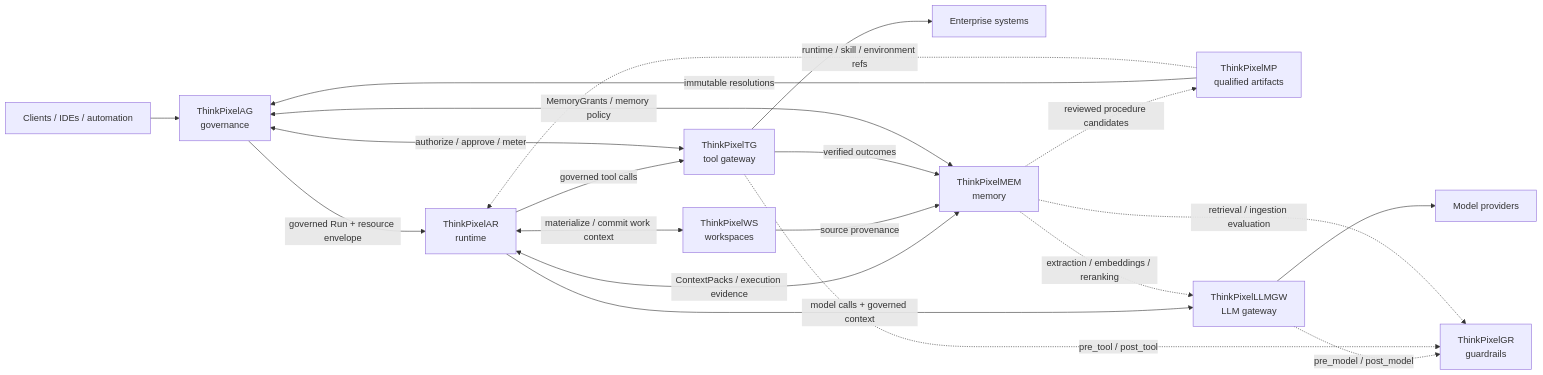
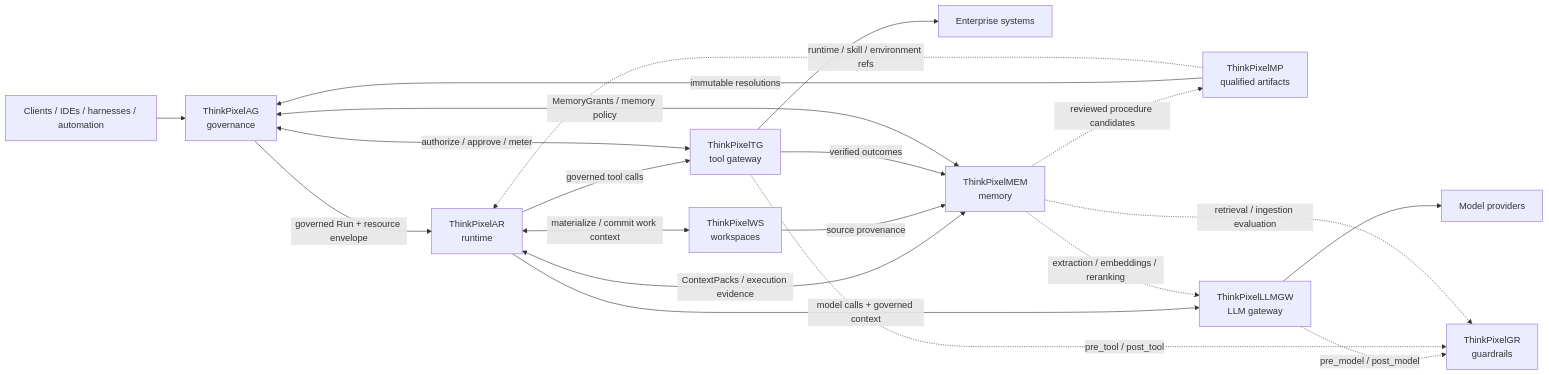
The diagram in docs/architecture/platform-composition.md (bdobrica/ThinkPixelAG), drawn with Mermaid before and after one commit. The commit also changed other lines of this file and 26 other files, not shown here.

````diff
--- a/docs/architecture/platform-composition.md
+++ b/docs/architecture/platform-composition.md
@@ -21,27 +21,27 @@
 ```mermaid
 flowchart LR
-    C[Clients / IDEs / automation] --> AG[ThinkPixelAG<br/>governance]
+    C[Clients / IDEs / harnesses / automation] --> AG[ThinkPixelAG<br/>governance]
     AG -->|governed Run + resource envelope| AR[ThinkPixelAR<br/>runtime]
 
     MP[ThinkPixelMP<br/>qualified artifacts] -->|immutable resolutions| AG
     MP -.->|runtime / skill / environment refs| AR
 
     AR <-->|materialize / commit work context| WS[ThinkPixelWS<br/>workspaces]
 
     AR -->|model calls + governed context| LLMGW[ThinkPixelLLMGW<br/>LLM gateway]
     LLMGW --> MODEL[Model providers]
     LLMGW -.->|pre_model / post_model| GR[ThinkPixelGR<br/>guardrails]
 
     AR -->|governed tool calls| TG[ThinkPixelTG<br/>tool gateway]
     TG --> SYS[Enterprise systems]
     TG <-->|authorize / approve / meter| AG
     TG -.->|pre_tool / post_tool| GR
 
     AR <-->|ContextPacks / execution evidence| MEM[ThinkPixelMEM<br/>memory]
     WS -->|source provenance| MEM
     TG -->|verified outcomes| MEM
     MEM <-->|MemoryGrants / memory policy| AG
     MEM -.->|extraction / embeddings / reranking| LLMGW
     MEM -.->|retrieval / ingestion evaluation| GR
     MEM -.->|reviewed procedure candidates| MP
 ```
````
